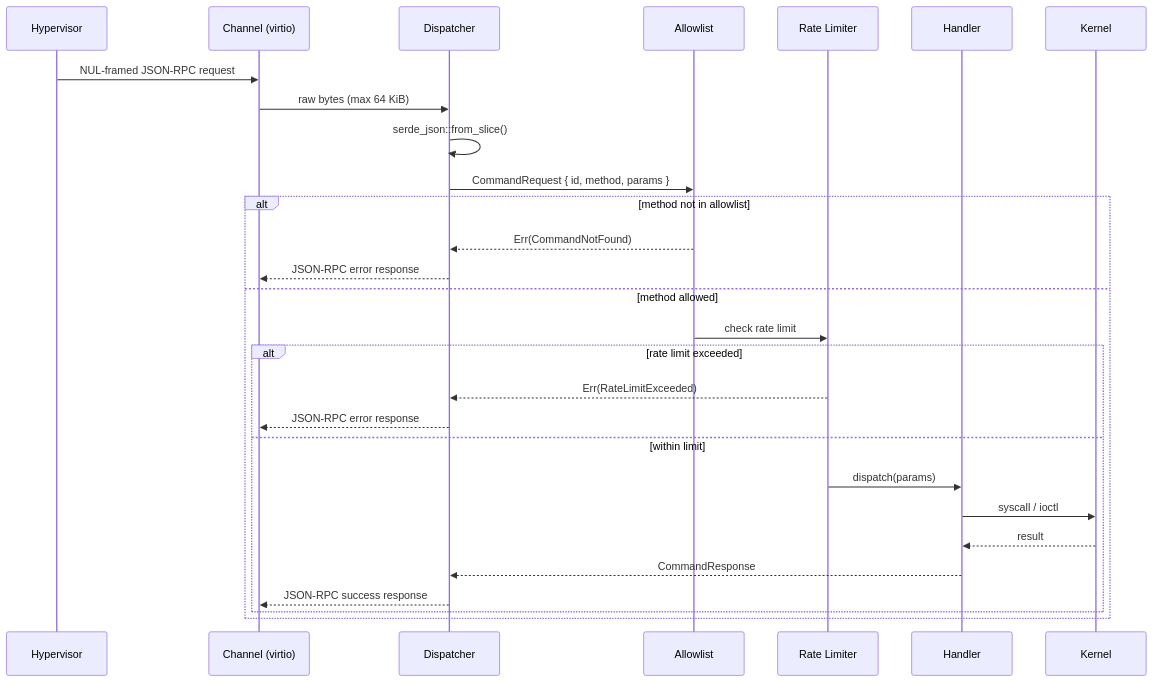
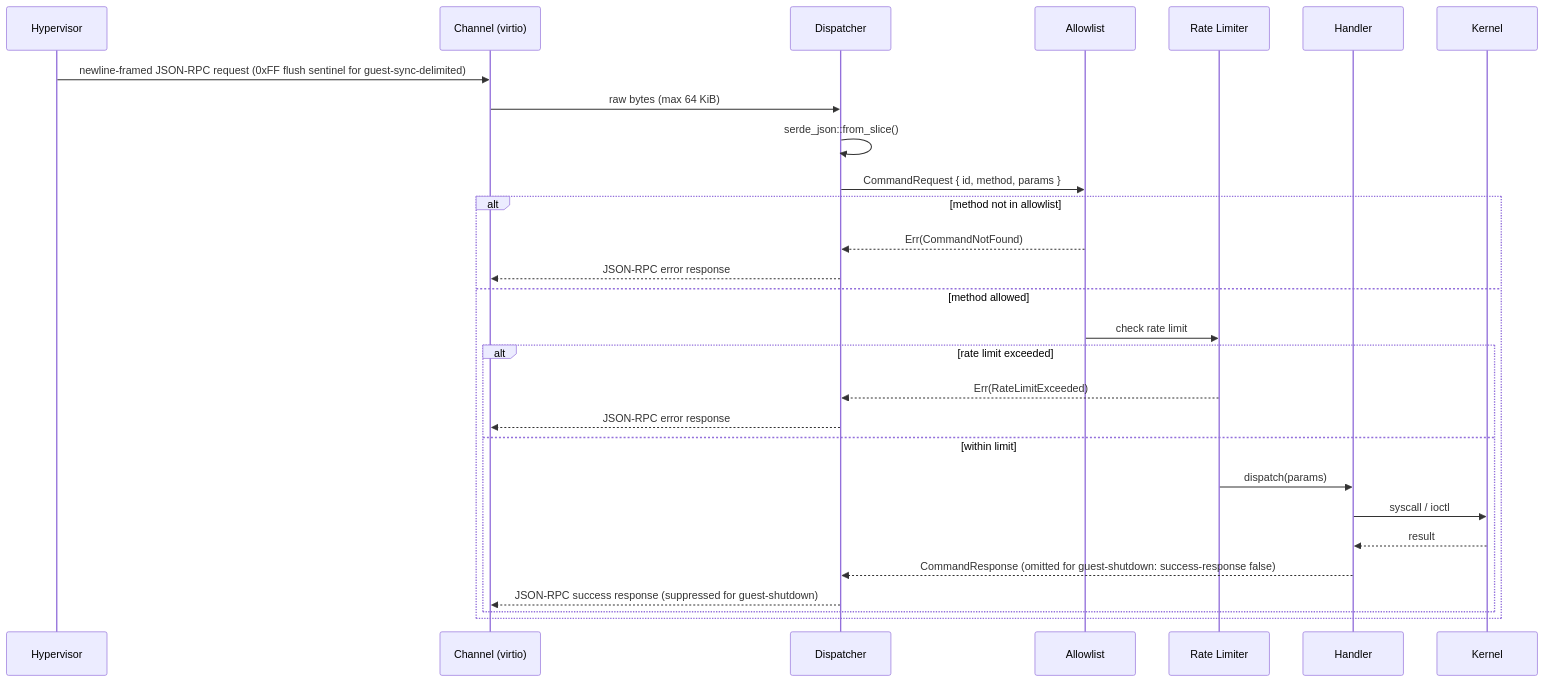
One commit to vicaya/qeminga changed the fourth of 4 diagrams in docs/design.md. Above: the diagram before and after it, drawn with Mermaid. The commit also changed other lines of this file, not shown here.

Commit message:
docs: address all review comments — protocol accuracy, security, architecture

````diff
--- a/docs/design.md
+++ b/docs/design.md
@@ -197,31 +204,31 @@
 ```mermaid
 sequenceDiagram
     participant H as Hypervisor
     participant C as Channel (virtio)
     participant D as Dispatcher
     participant A as Allowlist
     participant R as Rate Limiter
     participant X as Handler
     participant K as Kernel
 
-    H->>C: NUL-framed JSON-RPC request
+    H->>C: newline-framed JSON-RPC request (0xFF flush sentinel for guest-sync-delimited)
     C->>D: raw bytes (max 64 KiB)
     D->>D: serde_json::from_slice()
     D->>A: CommandRequest { id, method, params }
     alt method not in allowlist
         A-->>D: Err(CommandNotFound)
         D-->>C: JSON-RPC error response
     else method allowed
         A->>R: check rate limit
         alt rate limit exceeded
             R-->>D: Err(RateLimitExceeded)
             D-->>C: JSON-RPC error response
         else within limit
             R->>X: dispatch(params)
             X->>K: syscall / ioctl
             K-->>X: result
-            X-->>D: CommandResponse
-            D-->>C: JSON-RPC success response
+            X-->>D: CommandResponse (omitted for guest-shutdown: success-response false)
+            D-->>C: JSON-RPC success response (suppressed for guest-shutdown)
         end
     end
 ```
````
